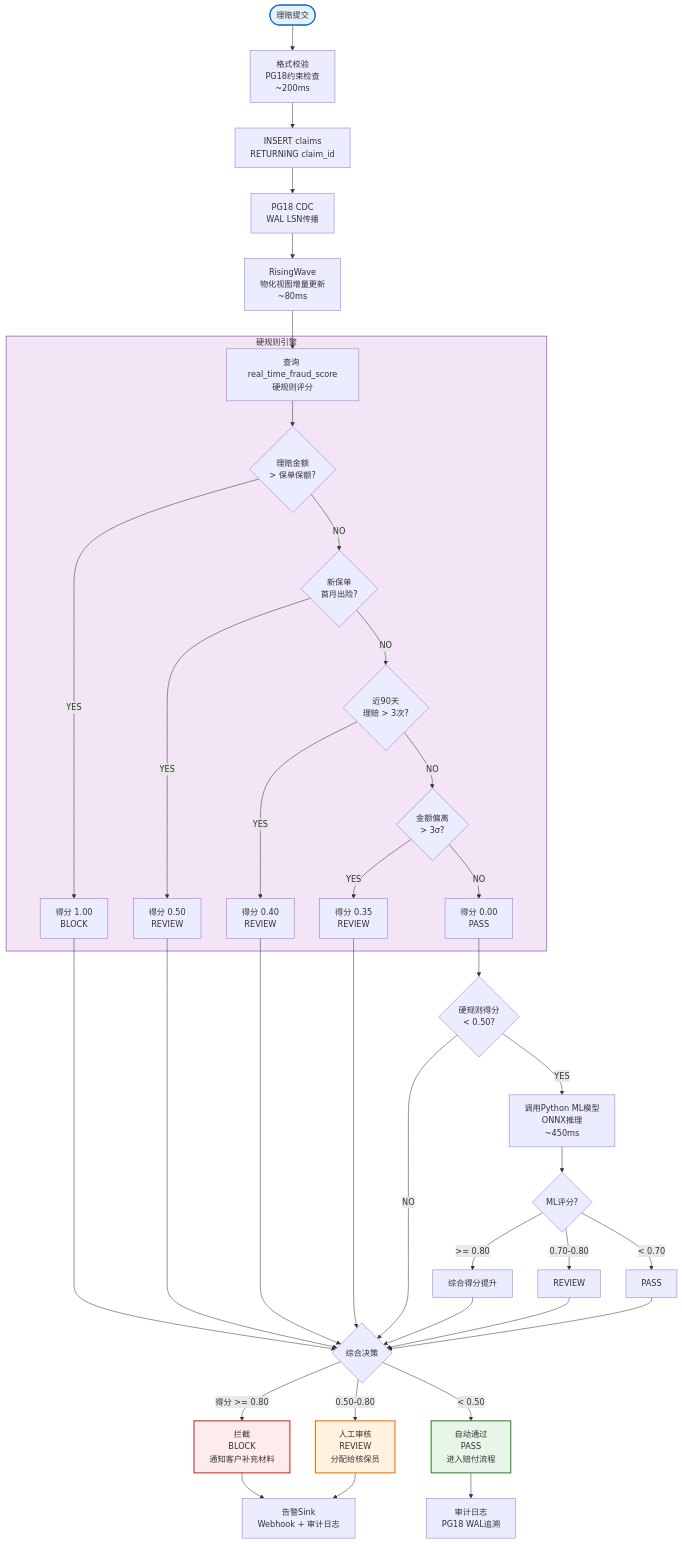
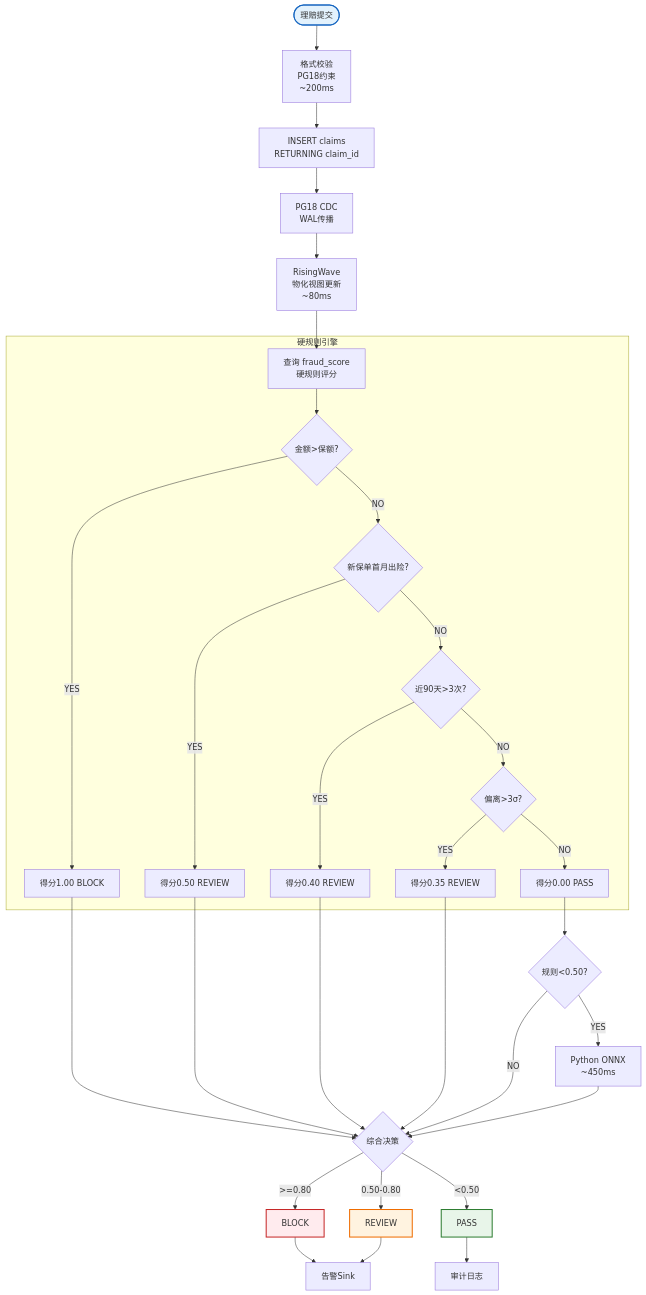
The second of 2 diagrams in TECH-STACK-POSTGRESQL-18-MULTI-LANGUAGE-STREAMING/05-production-patterns/05.20-industry-case-insurance-fraud.md (AdaMartin18010/AnalysisDataFlow), drawn with Mermaid before and after one commit. The commit also changed other lines of this file and 3 other files, not shown here.

````diff
--- a/TECH-STACK-POSTGRESQL-18-MULTI-LANGUAGE-STREAMING/05-production-patterns/05.20-industry-case-insurance-fraud.md
+++ b/TECH-STACK-POSTGRESQL-18-MULTI-LANGUAGE-STREAMING/05-production-patterns/05.20-industry-case-insurance-fraud.md
@@ -1150,53 +580,38 @@
 ```mermaid
 flowchart TD
-    Start([理赔提交]) --> Validate["格式校验<br/>PG18约束检查<br/>~200ms"]
+    Start([理赔提交]) --> Validate["格式校验<br/>PG18约束<br/>~200ms"]
     Validate --> Insert["INSERT claims<br/>RETURNING claim_id"]
-    Insert --> CDC["PG18 CDC<br/>WAL LSN传播"]
+    Insert --> CDC["PG18 CDC<br/>WAL传播"]
+    CDC --> RW["RisingWave<br/>物化视图更新<br/>~80ms"]
+    RW --> Query["查询 fraud_score<br/>硬规则评分"]
 
-    CDC --> RW["RisingWave<br/>物化视图增量更新<br/>~80ms"]
-    RW --> QueryMV["查询 real_time_fraud_score<br/>硬规则评分"]
-
-    subgraph RuleEval["硬规则引擎"]
-        QueryMV --> R1{"理赔金额<br/>> 保单保额?"}
-        R1 -->|YES| RS1[得分 1.00<br/>BLOCK]
-        R1 -->|NO| R2{"新保单<br/>首月出险?"}
-        R2 -->|YES| RS2[得分 0.50<br/>REVIEW]
-        R2 -->|NO| R3{"近90天<br/>理赔 > 3次?"}
-        R3 -->|YES| RS3[得分 0.40<br/>REVIEW]
-        R3 -->|NO| R4{"金额偏离<br/>> 3σ?"}
-        R4 -->|YES| RS4[得分 0.35<br/>REVIEW]
-        R4 -->|NO| RS5[得分 0.00<br/>PASS]
+    subgraph Rules["硬规则引擎"]
+        Query --> R1{"金额>保额?"}
+        R1 -->|YES| S1[得分1.00 BLOCK]
+        R1 -->|NO| R2{"新保单首月出险?"}
+        R2 -->|YES| S2[得分0.50 REVIEW]
+        R2 -->|NO| R3{"近90天>3次?"}
+        R3 -->|YES| S3[得分0.40 REVIEW]
+        R3 -->|NO| R4{"偏离>3σ?"}
+        R4 -->|YES| S4[得分0.35 REVIEW]
+        R4 -->|NO| S5[得分0.00 PASS]
     end
 
-    RS1 --> Decision{综合决策}
-    RS2 --> Decision
-    RS3 --> Decision
-    RS4 --> Decision
-    RS5 --> ML{"硬规则得分<br/>< 0.50?"}
+    S1 --> D{综合决策}
+    S2 --> D; S3 --> D; S4 --> D; S5 --> ML{"规则<0.50?"}
+    ML -->|YES| MLCall["Python ONNX<br/>~450ms"]
+    ML -->|NO| D
+    MLCall --> D
 
-    ML -->|YES| MLCall["调用Python ML模型<br/>ONNX推理<br/>~450ms"]
-    ML -->|NO| Decision
-
-    MLCall --> MLScore{ML评分?}
-    MLScore -->|>= 0.80| MLS1[综合得分提升]
-    MLScore -->|0.70-0.80| MLS2[REVIEW]
-    MLScore -->|< 0.70| MLS3[PASS]
-
-    MLS1 --> Decision
-    MLS2 --> Decision
-    MLS3 --> Decision
-
-    Decision -->|得分 >= 0.80| Block["拦截<br/>BLOCK<br/>通知客户补充材料"]
-    Decision -->|0.50-0.80| Review["人工审核<br/>REVIEW<br/>分配给核保员"]
-    Decision -->|< 0.50| Allow["自动通过<br/>PASS<br/>进入赔付流程"]
-
-    Block --> Alert["告警Sink<br/>Webhook + 审计日志"]
+    D -->|>=0.80| Block["BLOCK"]
+    D -->|0.50-0.80| Review["REVIEW"]
+    D -->|<0.50| Allow["PASS"]
+    Block --> Alert["告警Sink"]
     Review --> Alert
-    Allow --> Audit["审计日志<br/>PG18 WAL追溯"]
+    Allow --> Audit["审计日志"]
 
     style Start fill:#e3f2fd,stroke:#1565c0,stroke-width:2px
     style Block fill:#ffebee,stroke:#c62828,stroke-width:2px
     style Review fill:#fff3e0,stroke:#ef6c00,stroke-width:2px
     style Allow fill:#e8f5e9,stroke:#2e7d32,stroke-width:2px
-    style RuleEval fill:#f3e5f5,stroke:#6a1b9a,stroke-width:1px
 ```
````
